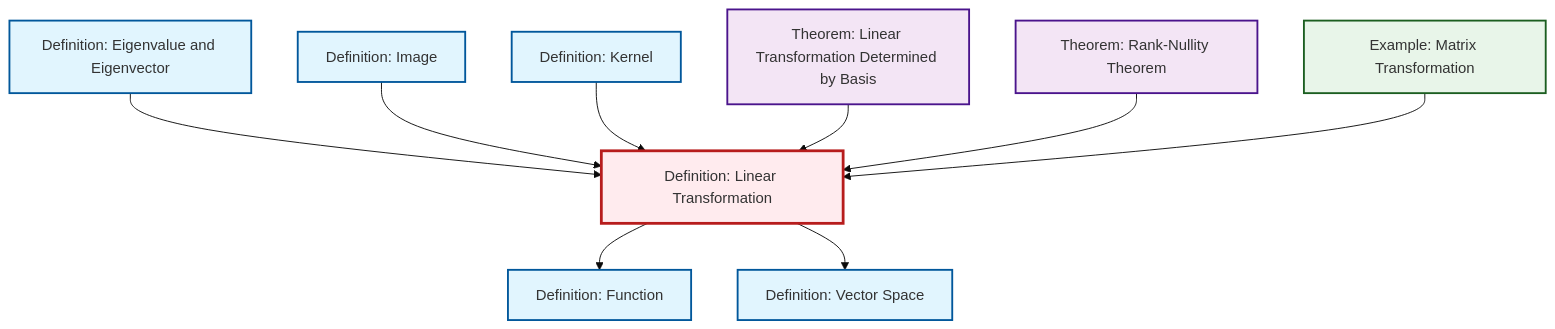
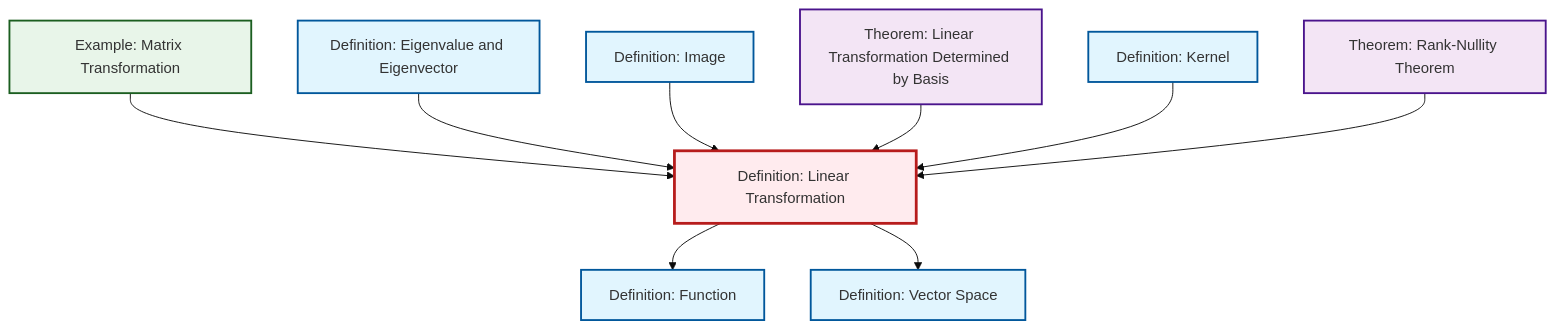
Before and after one commit to RK0429/ModernMath: the diagram in output/mermaid/def-linear-transformation.mermaid, drawn with Mermaid (base theme). The commit also changed other lines of this file and 1569 other files, not shown here.

```diff
--- a/output/mermaid/def-linear-transformation.mermaid
+++ b/output/mermaid/def-linear-transformation.mermaid
@@ -1,25 +1,25 @@
 %%| fig-cap: "Local dependency graph"
 graph TD
     classDef definition fill:#e1f5fe,stroke:#01579b,stroke-width:2px
     classDef theorem fill:#f3e5f5,stroke:#4a148c,stroke-width:2px
     classDef axiom fill:#fff3e0,stroke:#e65100,stroke-width:2px
     classDef example fill:#e8f5e9,stroke:#1b5e20,stroke-width:2px
     classDef current fill:#ffebee,stroke:#b71c1c,stroke-width:3px
+    def-vector-space["Definition: Vector Space"]:::definition
+    def-kernel["Definition: Kernel"]:::definition
     thm-rank-nullity["Theorem: Rank-Nullity Theorem"]:::theorem
-    def-kernel["Definition: Kernel"]:::definition
-    ex-matrix-transformation["Example: Matrix Transformation"]:::example
     def-eigenvalue-eigenvector["Definition: Eigenvalue and Eigenvector"]:::definition
-    def-vector-space["Definition: Vector Space"]:::definition
+    def-function["Definition: Function"]:::definition
     def-linear-transformation["Definition: Linear Transformation"]:::definition
-    def-function["Definition: Function"]:::definition
     thm-linear-transformation-basis["Theorem: Linear Transformation Determined by Basis"]:::theorem
     def-image["Definition: Image"]:::definition
+    ex-matrix-transformation["Example: Matrix Transformation"]:::example
+    ex-matrix-transformation --> def-linear-transformation
+    def-linear-transformation --> def-function
+    def-linear-transformation --> def-vector-space
     def-eigenvalue-eigenvector --> def-linear-transformation
     def-image --> def-linear-transformation
-    def-linear-transformation --> def-function
+    thm-linear-transformation-basis --> def-linear-transformation
     def-kernel --> def-linear-transformation
-    thm-linear-transformation-basis --> def-linear-transformation
     thm-rank-nullity --> def-linear-transformation
-    ex-matrix-transformation --> def-linear-transformation
-    def-linear-transformation --> def-vector-space
     class def-linear-transformation current
```
